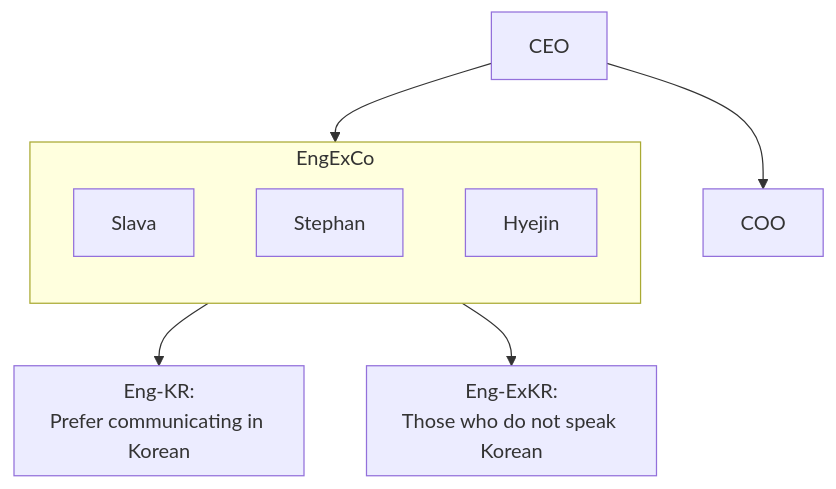
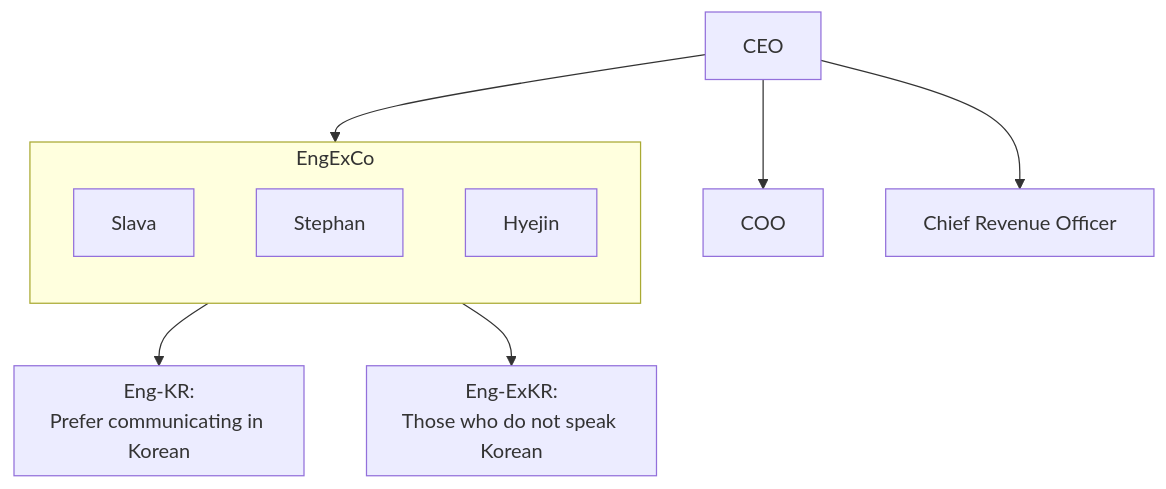
Before and after one commit to longjmpr/fmeng: the diagram in exco_struct.md, drawn with Mermaid.

Commit message:
Update exco_struct.md
Added sales exec

````diff
--- a/exco_struct.md
+++ b/exco_struct.md
@@ -1,33 +1,34 @@
 ```mermaid
 graph TD;
     CEO["CEO"]
     COO
 
     CEO --> COO
+    CEO --> CRO["Chief Revenue Officer"]
 
     subgraph EngExCo
         direction TB
         VP_Eng["Slava"]
         CTO["Stephan"]
         Dir_Eng["Hyejin"]
     end
 
     CEO --> EngExCo
     EngExCo --> Eng-KR
     EngExCo --> Eng-ExKR
 
     %% This is all Korean-speaking engineers
     subgraph Eng-KR [Eng-KR:
 Prefer communicating in Korean]
     end
     %% This is all engineers based outside of Korea
     subgraph Eng-ExKR [Eng-ExKR:
 Those who do not speak Korean]
     end
 
 
     %%DD[Director of Design]
     %%ADD["Assc Dir Design"]
     %%DD --> ADD
 
 ```
````
